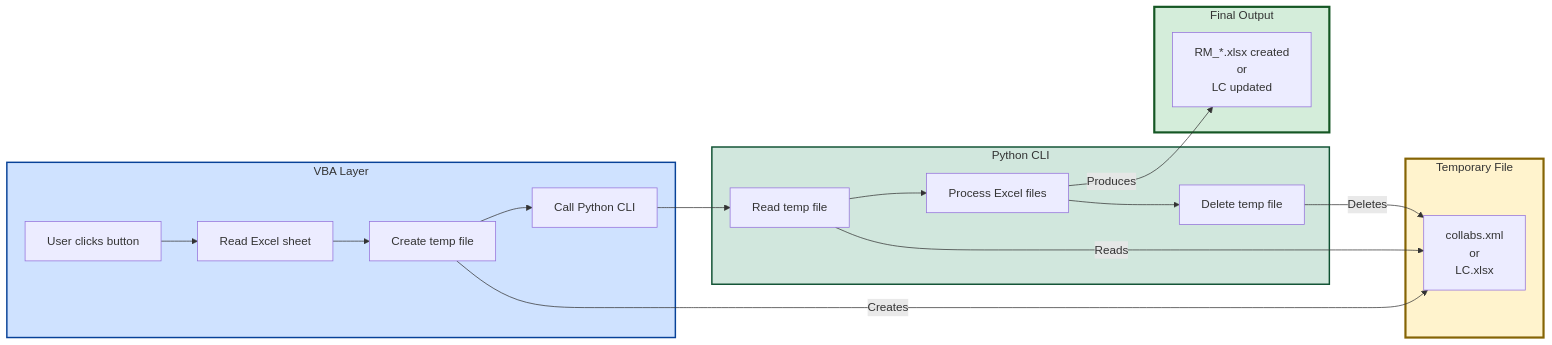
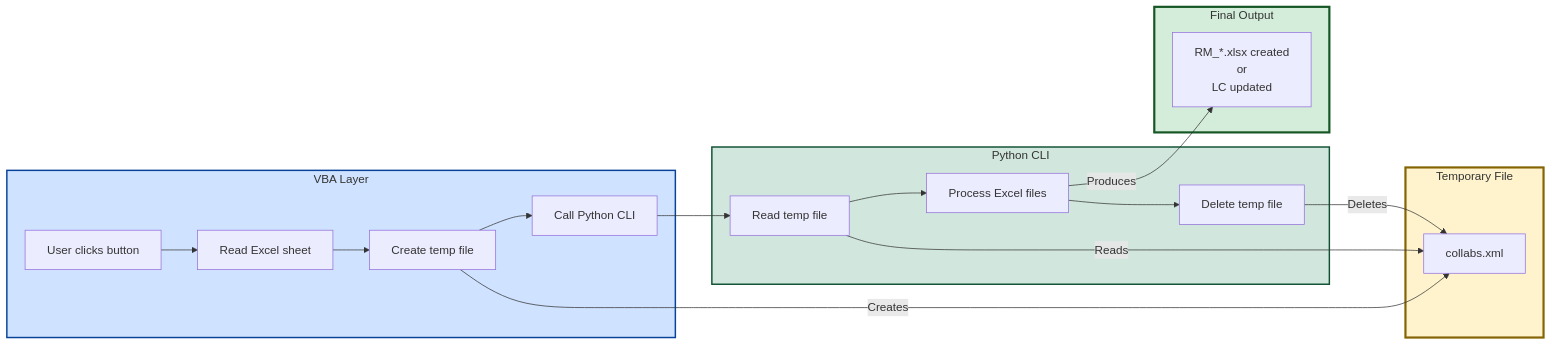
Diagram 11 of 14 in PRESENTATION.md (chiyonofujikam/roadmap_manager), drawn with Mermaid before and after one commit. The commit also changed other lines of this file and 12 other files, not shown here.

````diff
--- a/PRESENTATION.md
+++ b/PRESENTATION.md
@@ -786,39 +805,39 @@
 ```mermaid
 flowchart LR
     subgraph VBA1["VBA Layer"]
         V1[User clicks button]
         V2[Read Excel sheet]
         V3[Create temp file]
         V4[Call Python CLI]
     end
 
     subgraph TEMP1["Temporary File"]
-        T1A["collabs.xml<br/>or<br/>LC.xlsx"]
+        T1A["collabs.xml"]
     end
 
     subgraph PYTHON1["Python CLI"]
         P1[Read temp file]
         P2[Process Excel files]
         P3[Delete temp file]
     end
 
     subgraph OUTPUT1["Final Output"]
         O1A["RM_*.xlsx created<br/>or<br/>LC updated"]
     end
 
     V1 --> V2
     V2 --> V3
     V3 -->|Creates| T1A
     V3 --> V4
     V4 --> P1
     P1 -->|Reads| T1A
     P1 --> P2
     P2 -->|Produces| O1A
     P2 --> P3
     P3 -->|Deletes| T1A
 
     style VBA1 fill:#cfe2ff,stroke:#084298,stroke-width:2px
     style TEMP1 fill:#fff3cd,stroke:#856404,stroke-width:3px
     style PYTHON1 fill:#d1e7dd,stroke:#0f5132,stroke-width:2px
     style OUTPUT1 fill:#d4edda,stroke:#155724,stroke-width:3px
 ```
````
